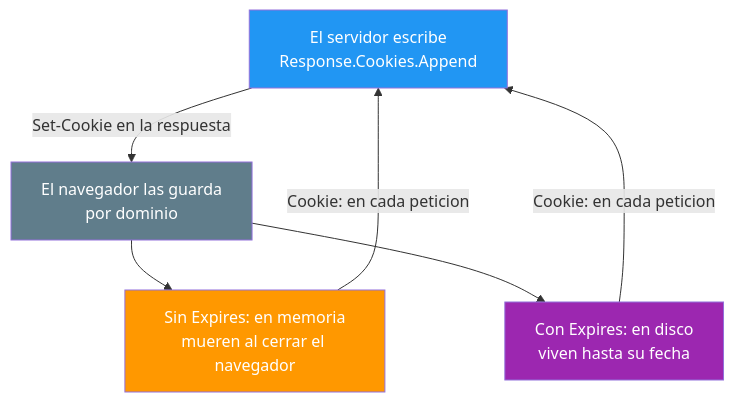
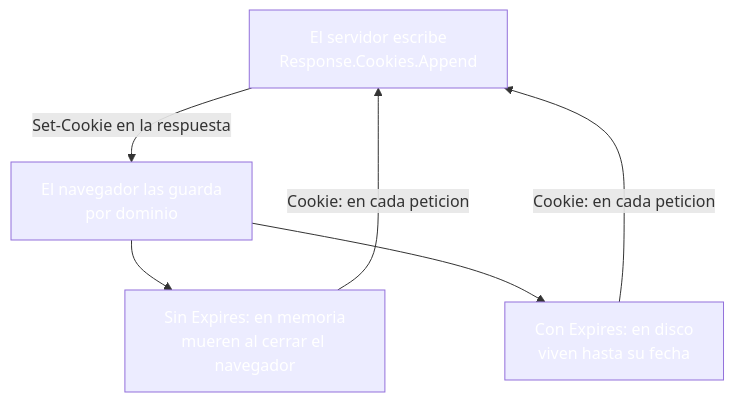
One commit to joseluisgs/DesarrolloWebEntornosServidor-03-2026-2027 changed the second of 7 diagrams in 18-cookies-sesiones-cliente.md. Above: the diagram before and after it, drawn with Mermaid. The commit also changed other lines of this file and 30 other files, not shown here.

````diff
--- a/18-cookies-sesiones-cliente.md
+++ b/18-cookies-sesiones-cliente.md
@@ -74,12 +74,12 @@
 ```mermaid
 graph TD
     S["El servidor escribe<br/>Response.Cookies.Append"] -->|Set-Cookie en la respuesta| N["El navegador las guarda<br/>por dominio"]
     N --> M["Sin Expires: en memoria<br/>mueren al cerrar el navegador"]
     N --> D["Con Expires: en disco<br/>viven hasta su fecha"]
     M -->|Cookie: en cada peticion| S
     D -->|Cookie: en cada peticion| S
-    style S fill:#2196F3,color:#fff
-    style N fill:#607D8B,color:#fff
-    style M fill:#FF9800,color:#fff
-    style D fill:#9C27B0,color:#fff
+    style S fill:#2196F,color:#fff3,color:#fff
+    style N fill:#607D8,color:#fffB,color:#fff
+    style M fill:#FF980,color:#fff0,color:#fff
+    style D fill:#9C27B,color:#fff0,color:#fff
 ```
````
